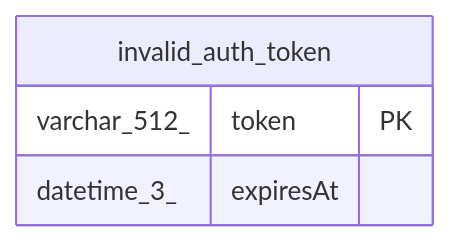
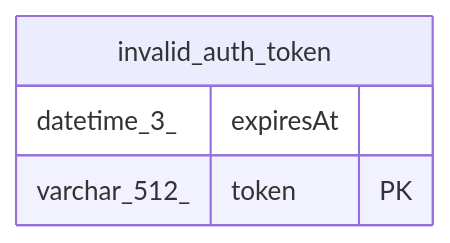
The diagram in docs/generated/sqlite-schema/invalid_auth_token.md (mayankjain1815-commits/n8n), drawn with Mermaid before and after one commit. The commit also changed other lines of this file and 221 other files, not shown here.

Commit message:
chore(core): Make DB schema docs generation deterministic (#32373)

````diff
--- a/docs/generated/sqlite-schema/invalid_auth_token.md
+++ b/docs/generated/sqlite-schema/invalid_auth_token.md
@@ -36,9 +36,9 @@
 ```mermaid
 erDiagram
 
 
 "invalid_auth_token" {
+  datetime_3_ expiresAt
   varchar_512_ token PK
-  datetime_3_ expiresAt
 }
 ```
````
